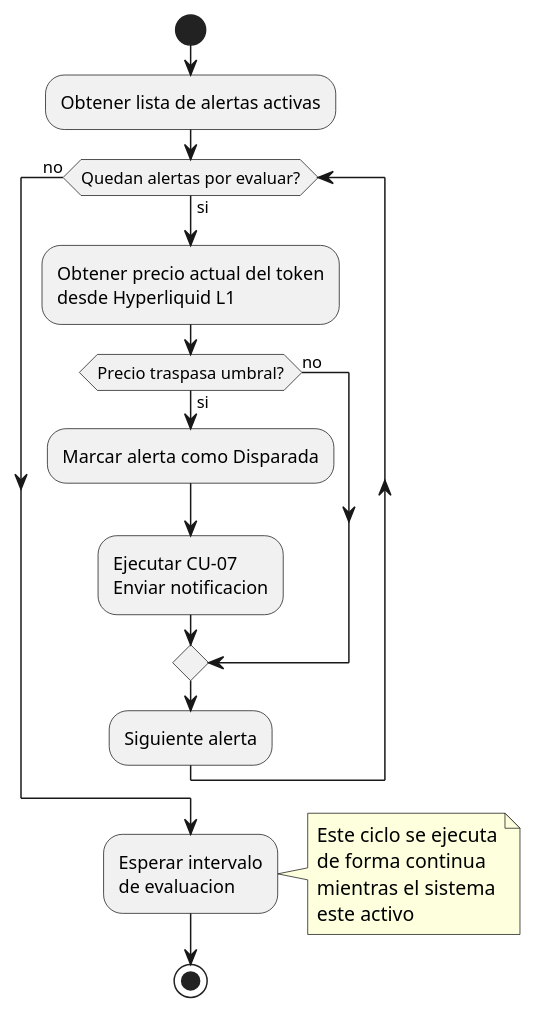
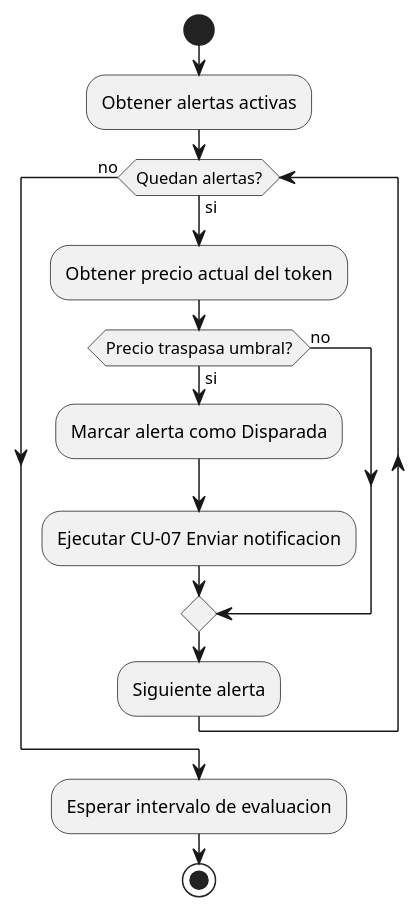
The diagram in modelosUML/capitulo2/CU06-actividad.puml (nekiiiiis/tfg), drawn with PlantUML before and after one commit. The commit also changed 32 other files, not shown here.

First line of the commit message:
Corregir diagramas cap2 y reducir texto a solo diagramas

```diff
--- a/modelosUML/capitulo2/CU06-actividad.puml
+++ b/modelosUML/capitulo2/CU06-actividad.puml
@@ -1,33 +1,23 @@
 @startuml
 
 start
 
-:Obtener lista de alertas activas;
+:Obtener alertas activas;
 
-while (Quedan alertas por evaluar?) is (si)
-  :Obtener precio actual del token
-  desde Hyperliquid L1;
+while (Quedan alertas?) is (si)
+  :Obtener precio actual del token;
 
   if (Precio traspasa umbral?) then (si)
     :Marcar alerta como Disparada;
-    :Ejecutar CU-07
-    Enviar notificacion;
+    :Ejecutar CU-07 Enviar notificacion;
   else (no)
   endif
 
   :Siguiente alerta;
 endwhile (no)
 
-:Esperar intervalo
-de evaluacion;
-
-note right
-  Este ciclo se ejecuta
-  de forma continua
-  mientras el sistema
-  este activo
-end note
+:Esperar intervalo de evaluacion;
 
 stop
 
 @enduml
```
